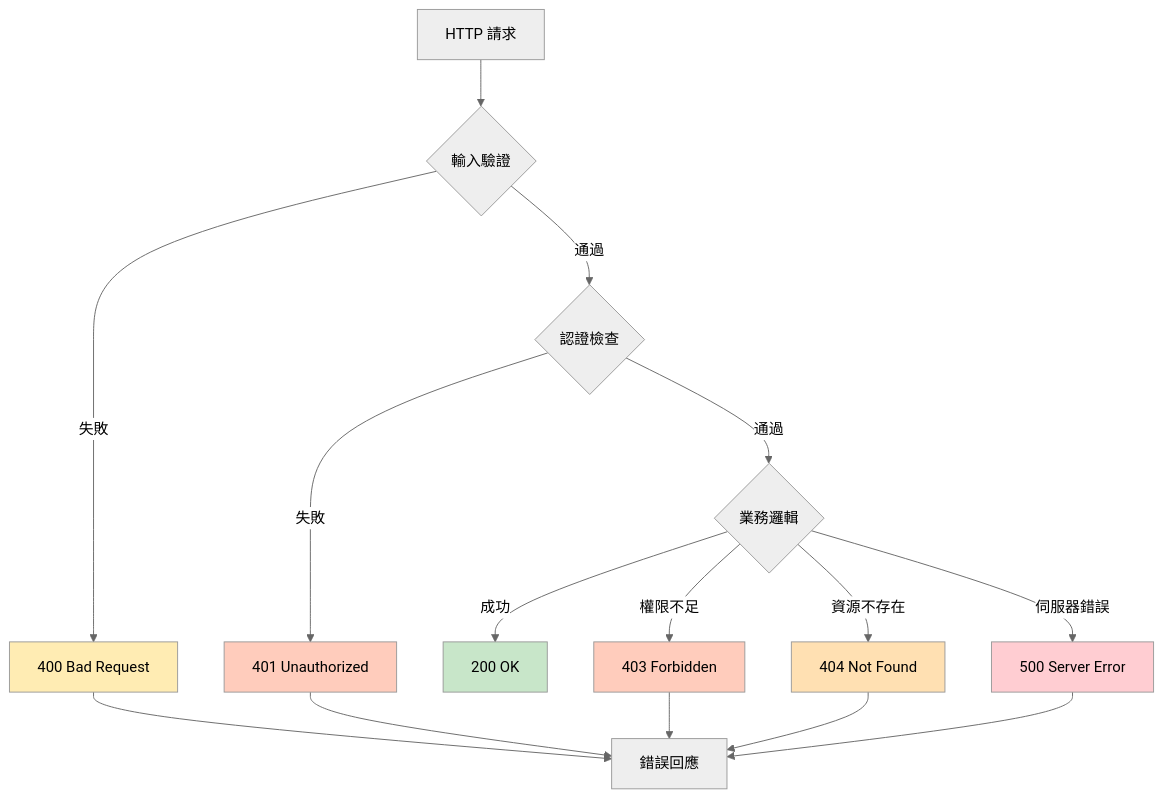
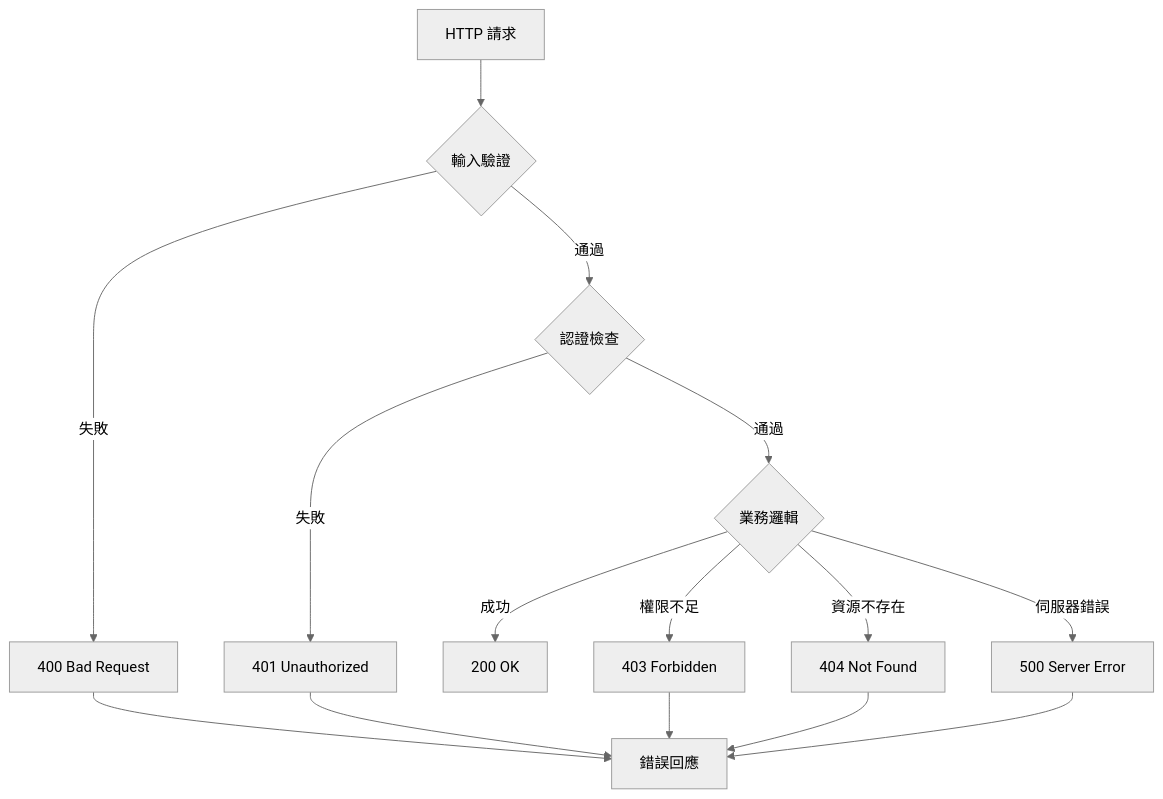
Before and after one commit to tboydar/service-booking-api: the ninth of 23 diagrams in README.md, drawn with Mermaid (neutral theme). The commit also changed other lines of this file and 2 other files, not shown here.

````diff
--- a/README.md
+++ b/README.md
@@ -690,28 +671,22 @@
 ```mermaid
 flowchart TD
     Request[HTTP 請求] --> Validation{輸入驗證}
 
     Validation -->|通過| Auth{認證檢查}
     Validation -->|失敗| Error400[400 Bad Request]
 
     Auth -->|通過| Business{業務邏輯}
     Auth -->|失敗| Error401[401 Unauthorized]
 
     Business -->|成功| Success[200 OK]
     Business -->|資源不存在| Error404[404 Not Found]
     Business -->|權限不足| Error403[403 Forbidden]
     Business -->|伺服器錯誤| Error500[500 Server Error]
 
     Error400 --> ErrorResponse[錯誤回應]
     Error401 --> ErrorResponse
     Error403 --> ErrorResponse
     Error404 --> ErrorResponse
     Error500 --> ErrorResponse
 
-    style Success fill:#c8e6c9
-    style Error400 fill:#ffecb3
-    style Error401 fill:#ffccbc
-    style Error403 fill:#ffccbc
-    style Error404 fill:#ffe0b2
-    style Error500 fill:#ffcdd2
 ```
````
